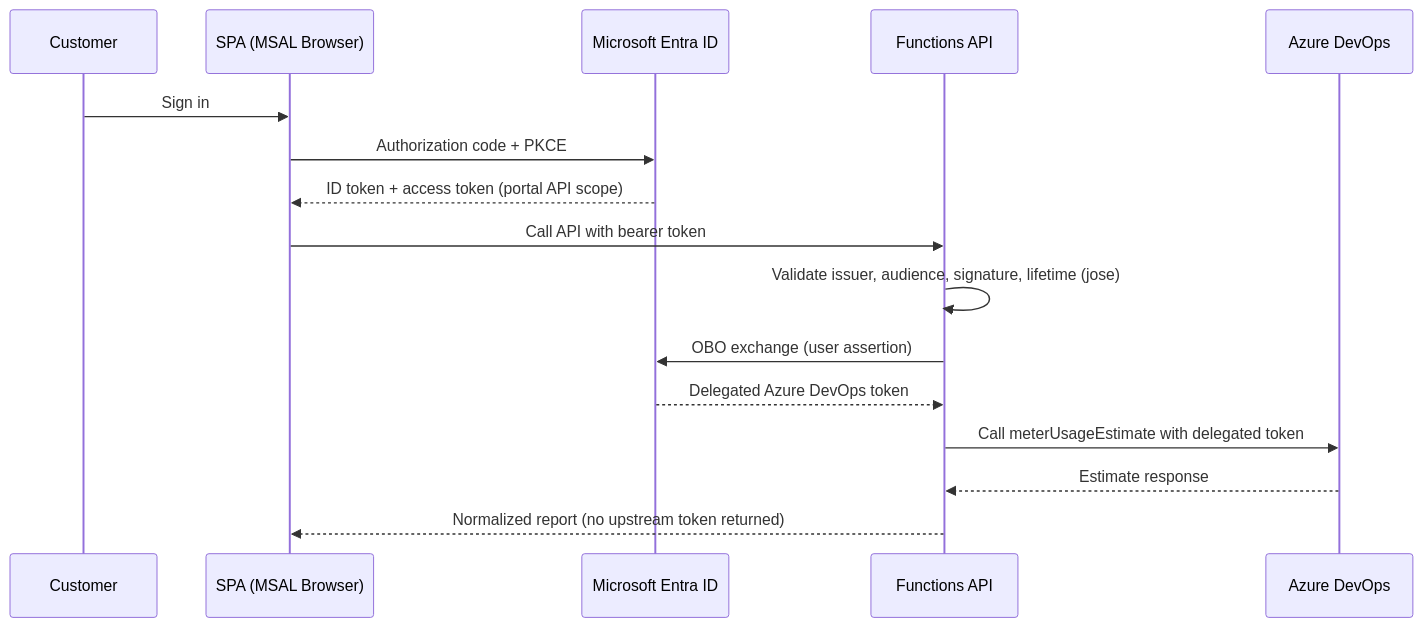
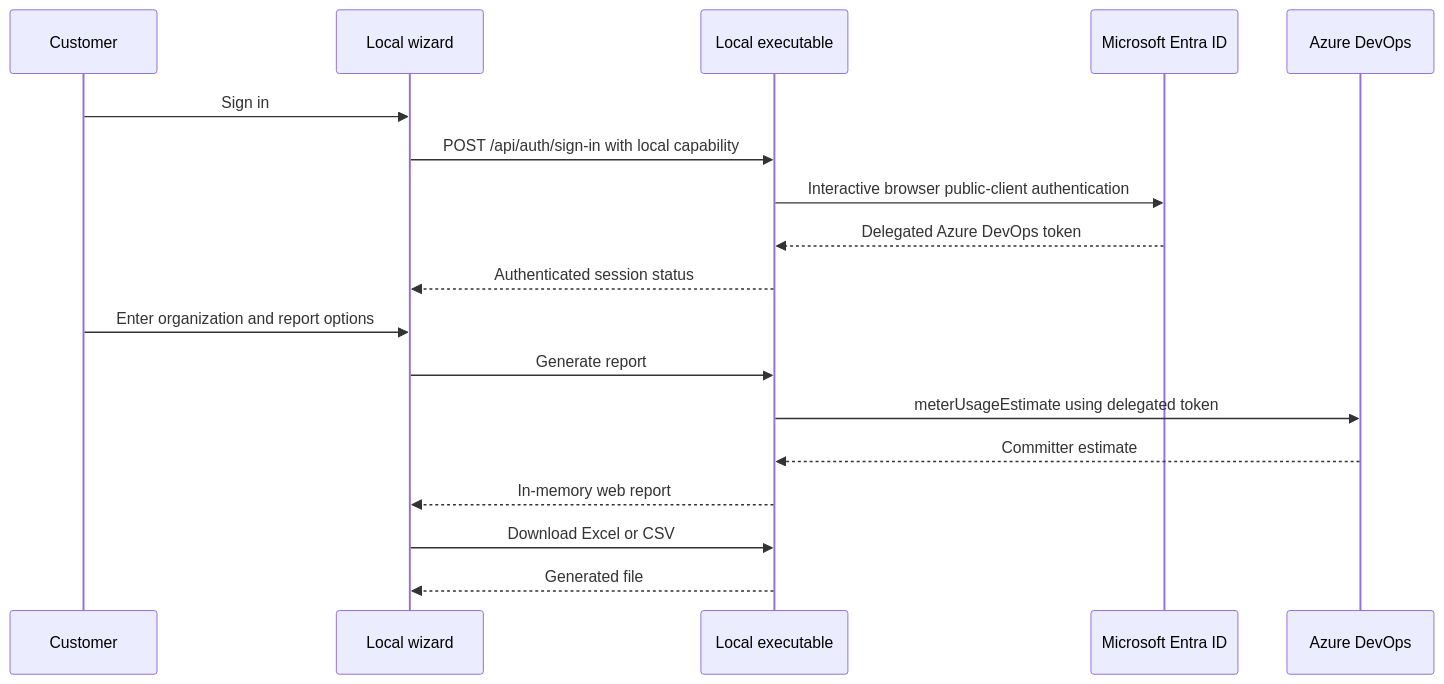
One commit to ninjapaw/committer-insights changed the second of 2 diagrams in docs/ARCHITECTURE.md. Above: the diagram before and after it, drawn with Mermaid. The commit also changed other lines of this file and 85 other files, not shown here.

Commit message:
feat: convert portal to local executable

````diff
--- a/docs/ARCHITECTURE.md
+++ b/docs/ARCHITECTURE.md
@@ -17,19 +28,21 @@
 ```mermaid
 sequenceDiagram
   participant U as Customer
-  participant S as SPA (MSAL Browser)
-  participant E as Microsoft Entra ID
-  participant A as Functions API
-  participant D as Azure DevOps
+  participant W as Local wizard
+  participant E as Local executable
+  participant M as Microsoft Entra ID
+  participant A as Azure DevOps
 
-  U->>S: Sign in
-  S->>E: Authorization code + PKCE
-  E-->>S: ID token + access token (portal API scope)
-  S->>A: Call API with bearer token
-  A->>A: Validate issuer, audience, signature, lifetime (jose)
-  A->>E: OBO exchange (user assertion)
-  E-->>A: Delegated Azure DevOps token
-  A->>D: Call meterUsageEstimate with delegated token
-  D-->>A: Estimate response
-  A-->>S: Normalized report (no upstream token returned)
+  U->>W: Sign in
+  W->>E: POST /api/auth/sign-in with local capability
+  E->>M: Interactive browser public-client authentication
+  M-->>E: Delegated Azure DevOps token
+  E-->>W: Authenticated session status
+  U->>W: Enter organization and report options
+  W->>E: Generate report
+  E->>A: meterUsageEstimate using delegated token
+  A-->>E: Committer estimate
+  E-->>W: In-memory web report
+  W->>E: Download Excel or CSV
+  E-->>W: Generated file
 ```
````
